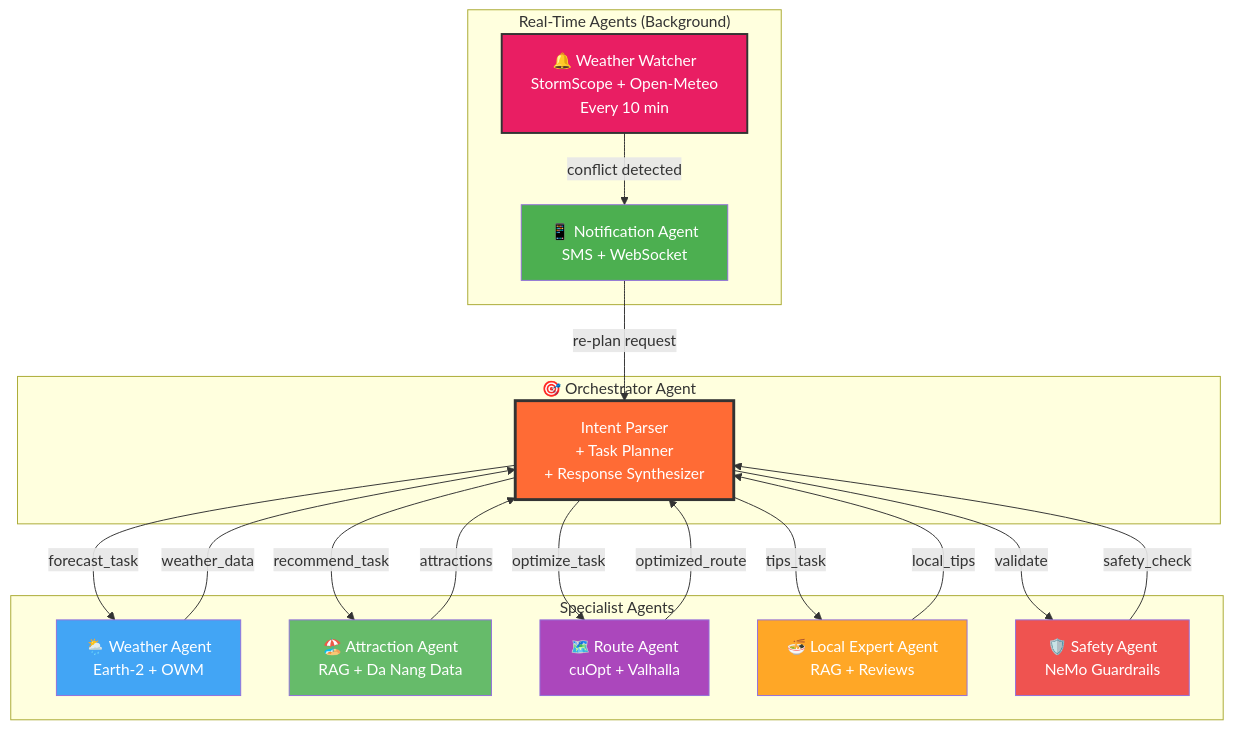
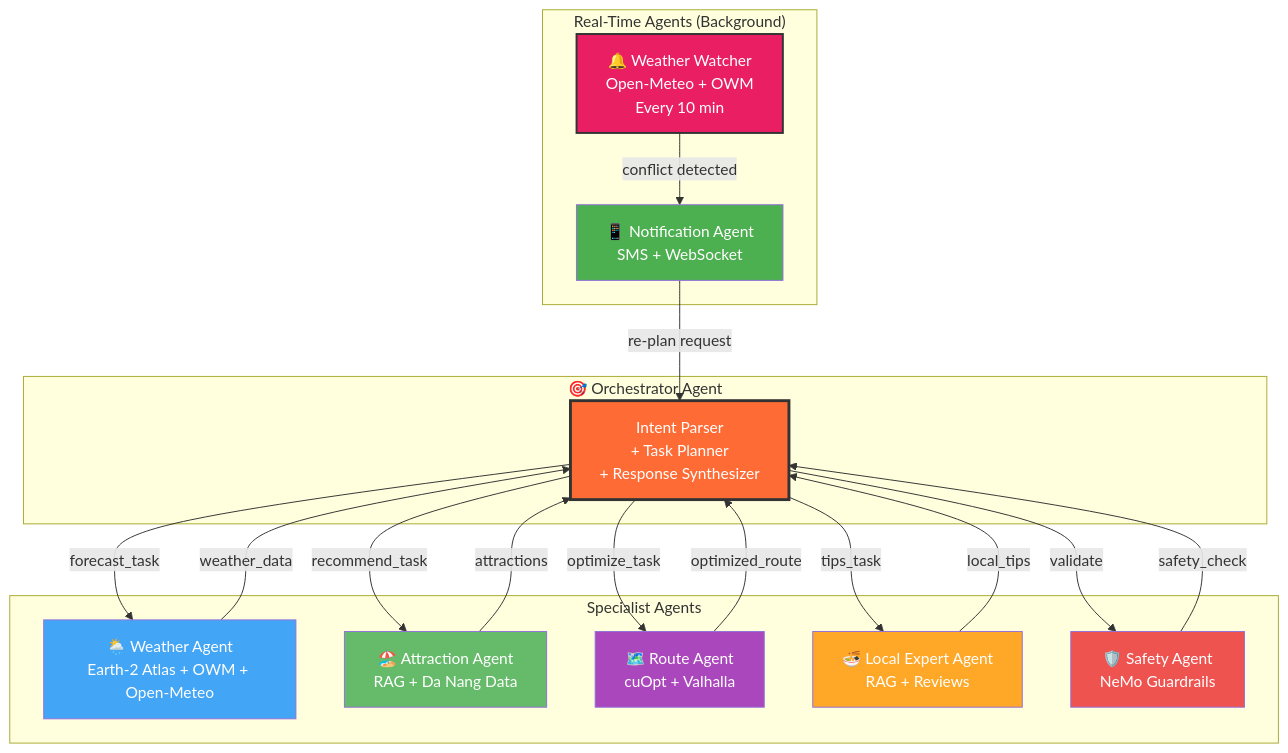
One commit to BennedictQuanTon/WeatherRise-2026 changed the fifth of 15 diagrams in documentation.md. Above: the diagram before and after it, drawn with Mermaid. The commit also changed other lines of this file and 1 other file, not shown here.

````diff
--- a/documentation.md
+++ b/documentation.md
@@ -320,43 +356,43 @@
 ```mermaid
 graph TB
     subgraph "🎯 Orchestrator Agent"
         O["Intent Parser<br/>+ Task Planner<br/>+ Response Synthesizer"]
     end
 
     subgraph "Specialist Agents"
-        W["🌦️ Weather Agent<br/>Earth-2 + OWM"]
+        W["🌦️ Weather Agent<br/>Earth-2 Atlas + OWM + Open-Meteo"]
         A["🏖️ Attraction Agent<br/>RAG + Da Nang Data"]
         R["🗺️ Route Agent<br/>cuOpt + Valhalla"]
         L["🍜 Local Expert Agent<br/>RAG + Reviews"]
         S["🛡️ Safety Agent<br/>NeMo Guardrails"]
     end
 
     subgraph "Real-Time Agents (Background)"
-        WW["🔔 Weather Watcher<br/>StormScope + Open-Meteo<br/>Every 10 min"]
+        WW["🔔 Weather Watcher<br/>Open-Meteo + OWM<br/>Every 10 min"]
         NA["📱 Notification Agent<br/>SMS + WebSocket"]
     end
 
     O -->|"forecast_task"| W
     O -->|"recommend_task"| A
     O -->|"optimize_task"| R
     O -->|"tips_task"| L
     O -->|"validate"| S
 
     W -->|"weather_data"| O
     A -->|"attractions"| O
     R -->|"optimized_route"| O
     L -->|"local_tips"| O
     S -->|"safety_check"| O
 
     WW -->|"conflict detected"| NA
     NA -->|"re-plan request"| O
 
     style O fill:#FF6B35,color:#fff,stroke:#333,stroke-width:3px
     style W fill:#42A5F5,color:#fff
     style A fill:#66BB6A,color:#fff
     style R fill:#AB47BC,color:#fff
     style L fill:#FFA726,color:#fff
     style S fill:#EF5350,color:#fff
     style WW fill:#E91E63,color:#fff,stroke:#333,stroke-width:2px
     style NA fill:#4CAF50,color:#fff
 ```
````
